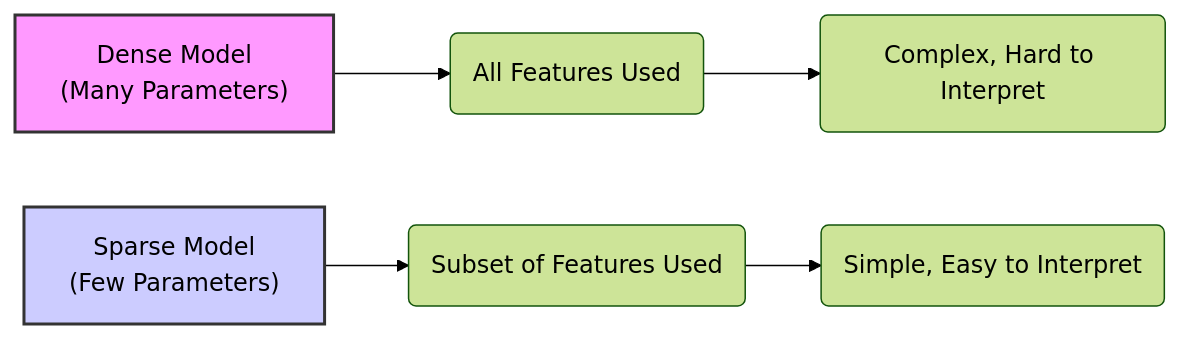
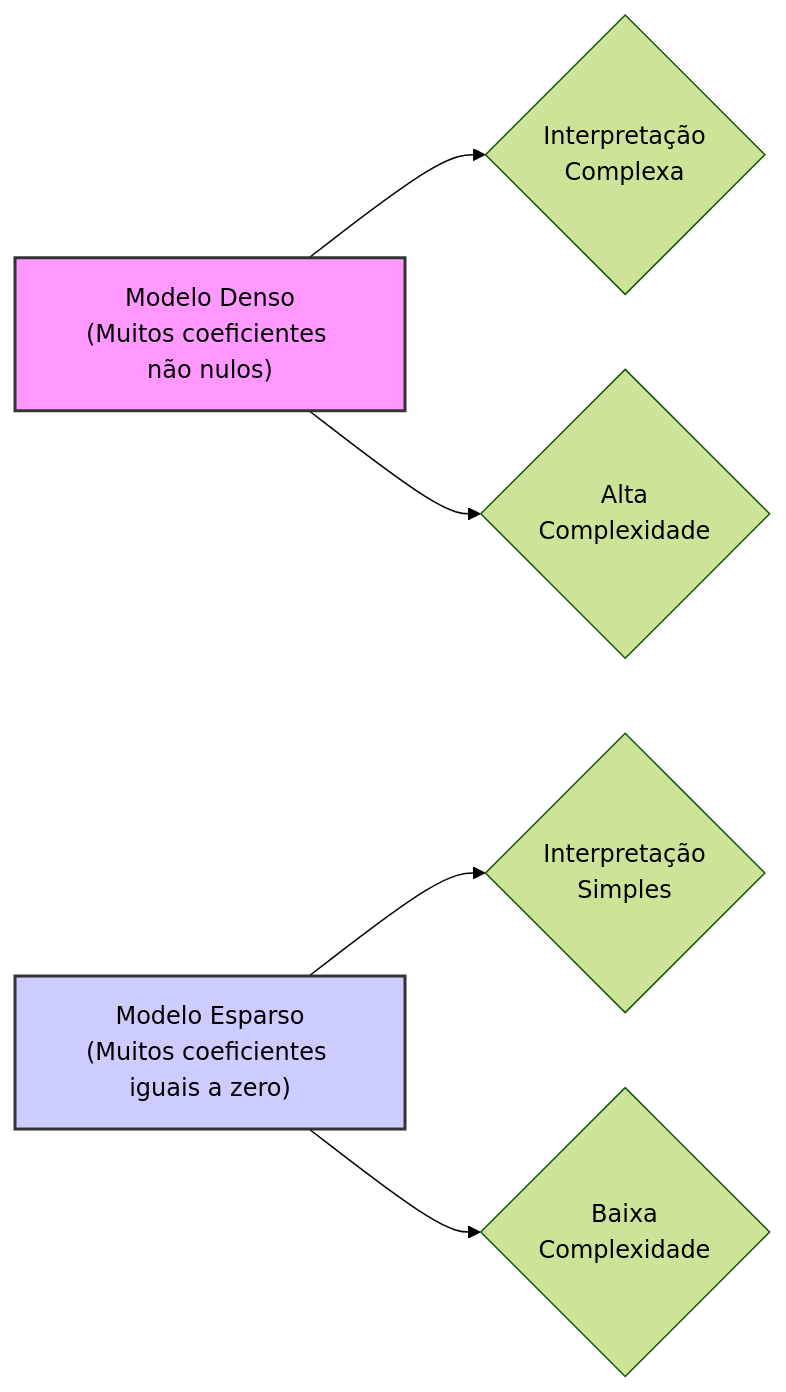
One commit to diegomrodrigues/statistical_learning_notes changed the first of 3 diagrams in 01. Linear Regression/01. Key Themes/03. Sparsity.md. Above: the diagram before and after it, drawn with Mermaid (forest theme). The commit also changed other lines of this file and 1 other file, not shown here.

````diff
--- a/01. Linear Regression/01. Key Themes/03. Sparsity.md
+++ b/01. Linear Regression/01. Key Themes/03. Sparsity.md
@@ -2,9 +3,9 @@
 ```mermaid
 graph LR
-    A["Dense Model\n(Many Parameters)"] --> B("All Features Used");
-    C["Sparse Model\n(Few Parameters)"] --> D("Subset of Features Used");
-    B --> E("Complex, Hard to Interpret");
-    D --> F("Simple, Easy to Interpret");
+    A["Modelo Denso\n(Muitos coeficientes não nulos)"] --> B{"Interpretação\nComplexa"};
+    A --> C{"Alta\nComplexidade"};
+    D["Modelo Esparso\n(Muitos coeficientes iguais a zero)"] --> E{"Interpretação\nSimples"};
+    D --> F{"Baixa\nComplexidade"};
     style A fill:#f9f,stroke:#333,stroke-width:2px
-    style C fill:#ccf,stroke:#333,stroke-width:2px
+    style D fill:#ccf,stroke:#333,stroke-width:2px
 ```
````
